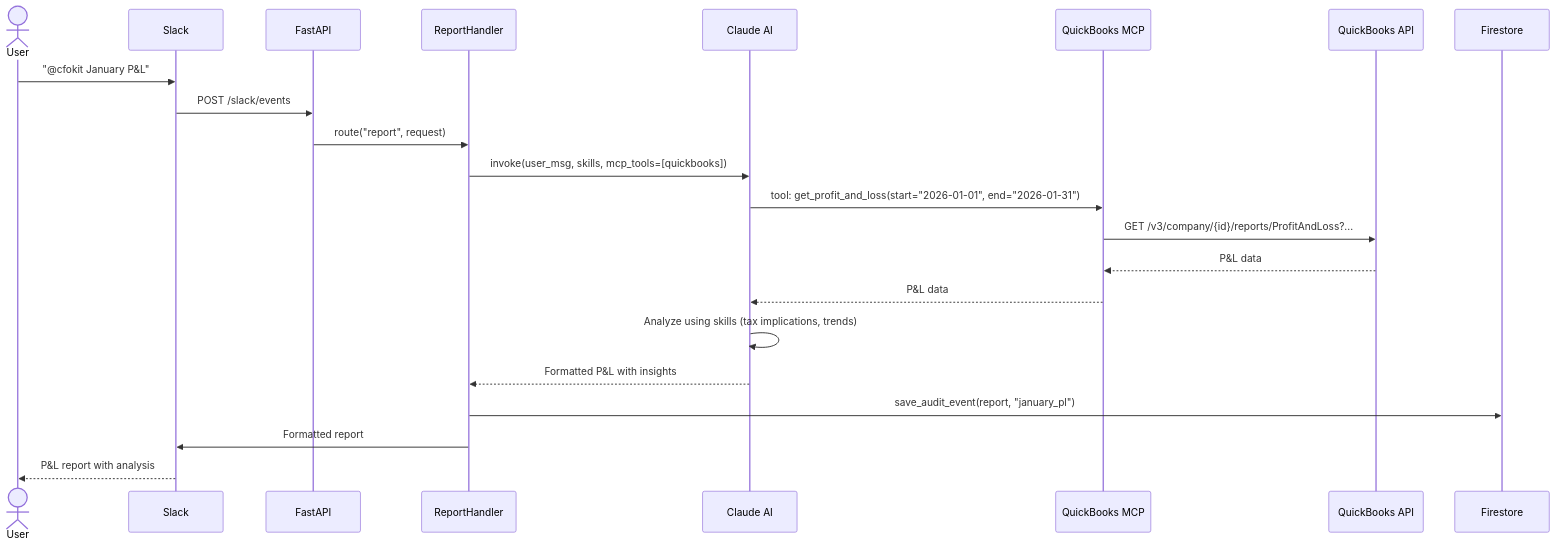
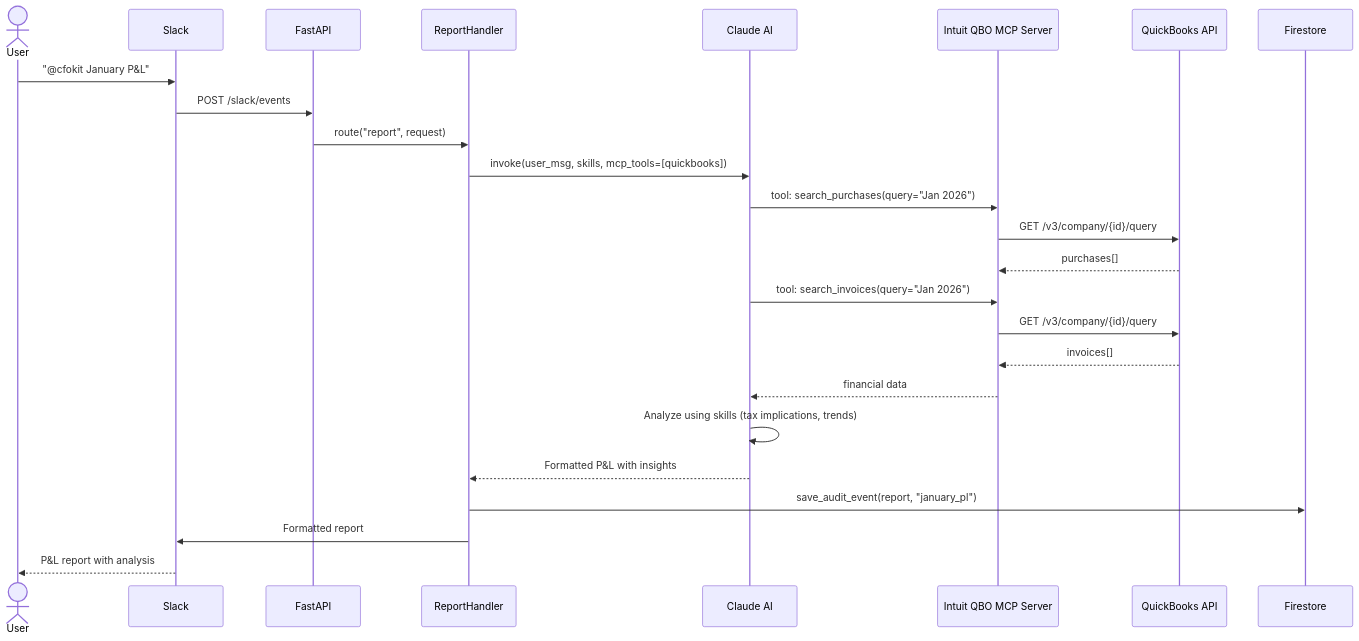
Before and after one commit to cfokit/cfokit: the second of 5 diagrams in docs/PRD.md, drawn with Mermaid. The commit also changed other lines of this file and 1 other file, not shown here.

First line of the commit message:
Use Intuit's official QuickBooks MCP server instead of building our own

````diff
--- a/docs/PRD.md
+++ b/docs/PRD.md
@@ -67,27 +67,30 @@
 ```mermaid
 sequenceDiagram
     actor User
     participant Slack
     participant FastAPI
     participant Handler as ReportHandler
     participant Claude as Claude AI
-    participant MCP as QuickBooks MCP
+    participant MCP as Intuit QBO MCP Server
     participant QB as QuickBooks API
 
     User->>Slack: "@cfokit January P&L"
     Slack->>FastAPI: POST /slack/events
     FastAPI->>Handler: route("report", request)
     Handler->>Claude: invoke(user_msg, skills, mcp_tools=[quickbooks])
 
-    Claude->>MCP: tool: get_profit_and_loss(start="2026-01-01", end="2026-01-31")
-    MCP->>QB: GET /v3/company/{id}/reports/ProfitAndLoss?...
-    QB-->>MCP: P&L data
-    MCP-->>Claude: P&L data
+    Claude->>MCP: tool: search_purchases(query="Jan 2026")
+    MCP->>QB: GET /v3/company/{id}/query
+    QB-->>MCP: purchases[]
+    Claude->>MCP: tool: search_invoices(query="Jan 2026")
+    MCP->>QB: GET /v3/company/{id}/query
+    QB-->>MCP: invoices[]
+    MCP-->>Claude: financial data
 
     Claude->>Claude: Analyze using skills (tax implications, trends)
     Claude-->>Handler: Formatted P&L with insights
 
     Handler->>Firestore: save_audit_event(report, "january_pl")
     Handler->>Slack: Formatted report
     Slack-->>User: P&L report with analysis
 ```
````
